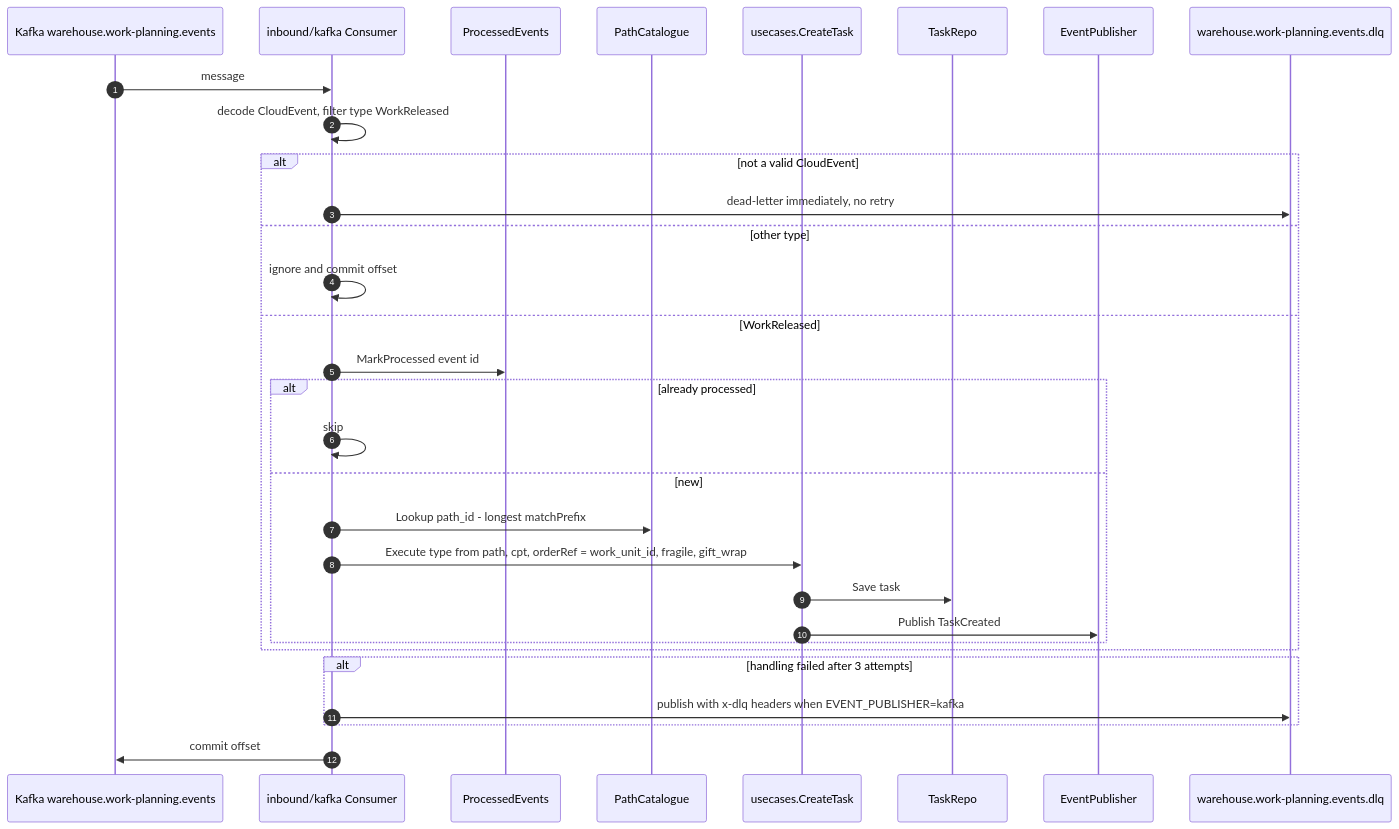
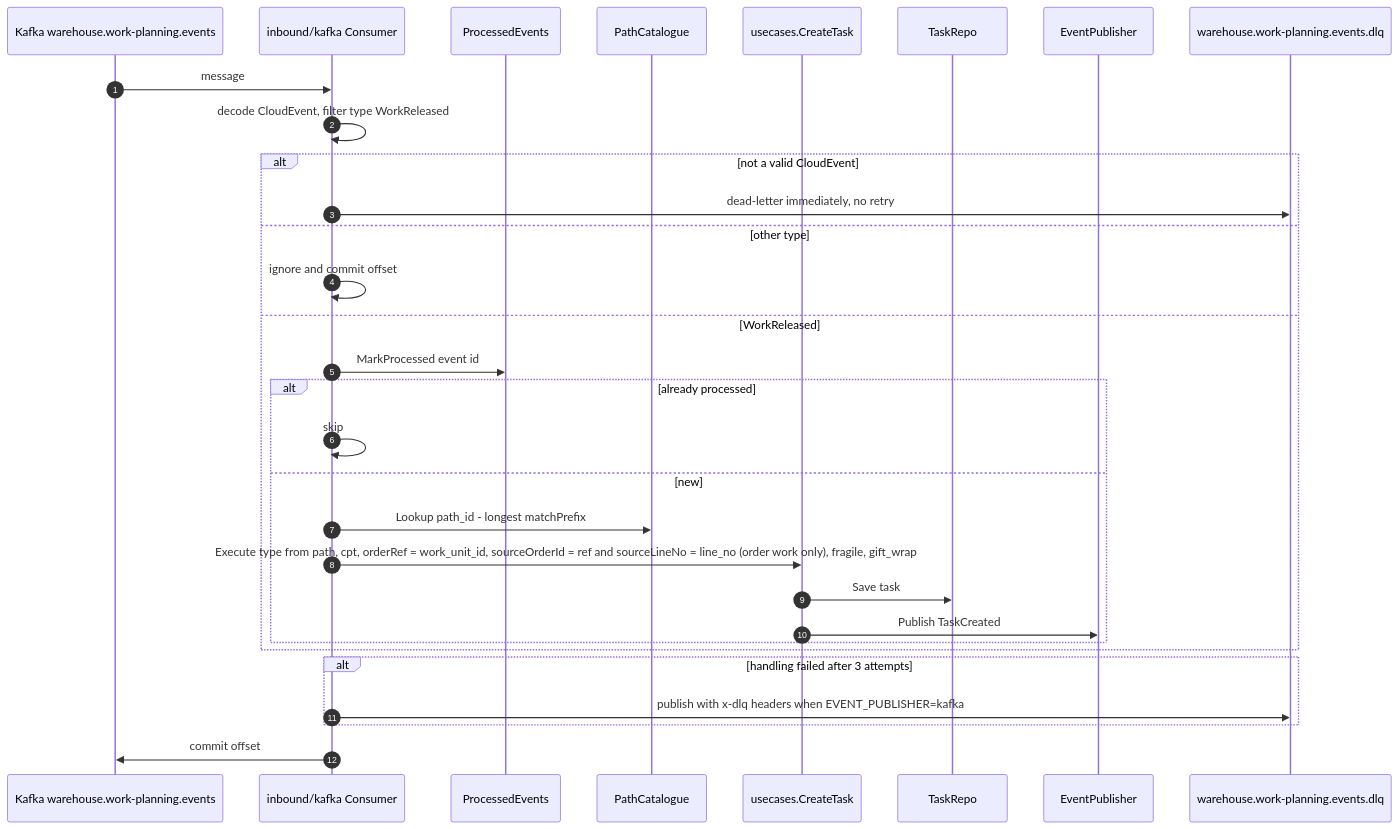
Before and after one commit to IQVO/warehouse-docs: the second of 9 diagrams in docs/contexts/fulfillment-execution/sequence-diagrams.md, drawn with Mermaid. The commit also changed other lines of this file and 119 other files, not shown here.

````diff
--- a/docs/contexts/fulfillment-execution/sequence-diagrams.md
+++ b/docs/contexts/fulfillment-execution/sequence-diagrams.md
@@ -74,33 +74,33 @@
 ```mermaid
 sequenceDiagram
     autonumber
     participant K as Kafka warehouse.work-planning.events
     participant CO as inbound/kafka Consumer
     participant PE as ProcessedEvents
     participant CAT as PathCatalogue
     participant UC as usecases.CreateTask
     participant R as TaskRepo
     participant P as EventPublisher
     participant DLQ as warehouse.work-planning.events.dlq
     K->>CO: message
     CO->>CO: decode CloudEvent, filter type WorkReleased
     alt not a valid CloudEvent
         CO->>DLQ: dead-letter immediately, no retry
     else other type
         CO->>CO: ignore and commit offset
     else WorkReleased
         CO->>PE: MarkProcessed event id
         alt already processed
             CO->>CO: skip
         else new
             CO->>CAT: Lookup path_id - longest matchPrefix
-            CO->>UC: Execute type from path, cpt, orderRef = work_unit_id, fragile, gift_wrap
+            CO->>UC: Execute type from path, cpt, orderRef = work_unit_id, sourceOrderId = ref and sourceLineNo = line_no (order work only), fragile, gift_wrap
             UC->>R: Save task
             UC->>P: Publish TaskCreated
         end
     end
     alt handling failed after 3 attempts
         CO->>DLQ: publish with x-dlq headers when EVENT_PUBLISHER=kafka
     end
     CO->>K: commit offset
 ```
````
